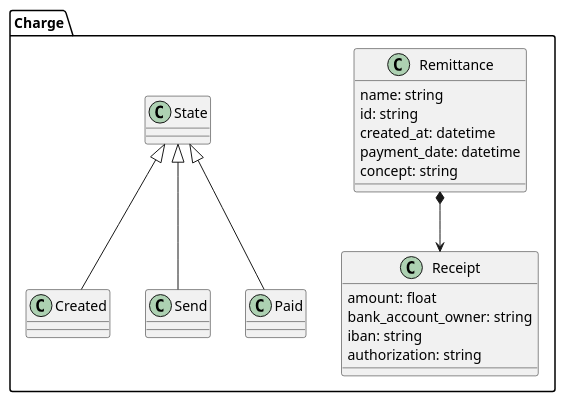
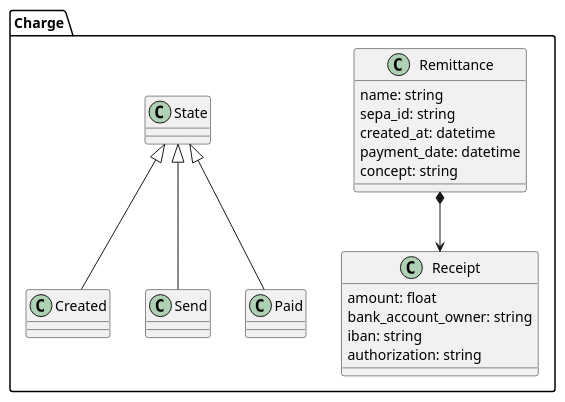
The diagram in doc/DomainModelDiagram/ChargePackage/ChargeCommon.puml (IgnacioMaestro/ampa-manager), drawn with PlantUML before and after one commit. The commit also changed 5 other files, not shown here.

```diff
--- a/doc/DomainModelDiagram/ChargePackage/ChargeCommon.puml
+++ b/doc/DomainModelDiagram/ChargePackage/ChargeCommon.puml
@@ -1,28 +1,28 @@
 @startuml
 package Charge{
     class Remittance {
         name: string
-        id: string
+        sepa_id: string
         created_at: datetime
         payment_date: datetime
         concept: string
     }
 
     class Receipt {
         amount: float
         bank_account_owner: string
         iban: string
         authorization: string
     }
 
     Remittance *--> Receipt
 
     class State
     class Created
     class Send
     class Paid
     State <|-- Created
     State <|-- Send
     State <|-- Paid
 }
 @enduml
```
